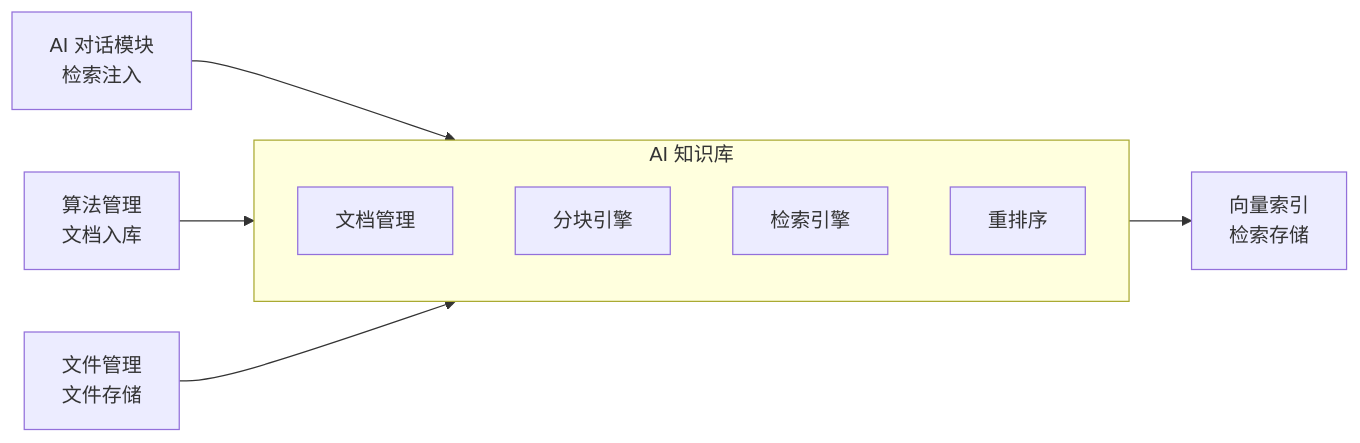
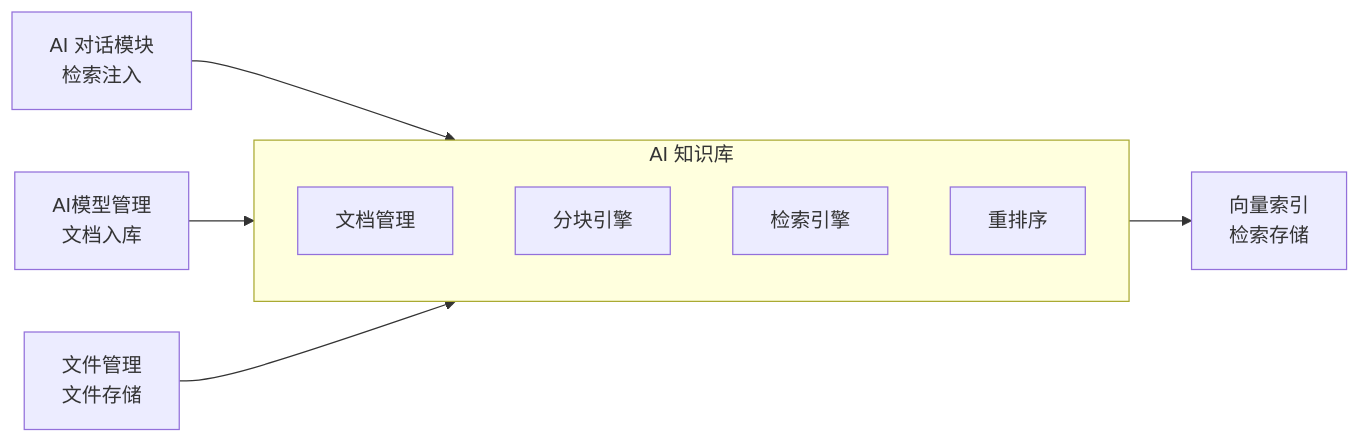
Before and after one commit to earthy-zinc/dehaze-system: the diagram in dehaze-doc/docs/03-模块设计/基础模块/AI知识库/需求规格.md, drawn with Mermaid. The commit also changed other lines of this file and 239 other files, not shown here.

````diff
--- a/dehaze-doc/docs/03-模块设计/基础模块/AI知识库/需求规格.md
+++ b/dehaze-doc/docs/03-模块设计/基础模块/AI知识库/需求规格.md
@@ -21,14 +21,14 @@
 ```mermaid
 flowchart LR
     A[AI 对话模块<br/>检索注入] --> KB
-    B[算法管理<br/>文档入库] --> KB
+    B[AI模型管理<br/>文档入库] --> KB
     C[文件管理<br/>文件存储] --> KB
     subgraph KB[AI 知识库]
         direction TB
         KB1[文档管理]
         KB2[分块引擎]
         KB3[检索引擎]
         KB4[重排序]
     end
     KB --> D[向量索引<br/>检索存储]
 ```
````
